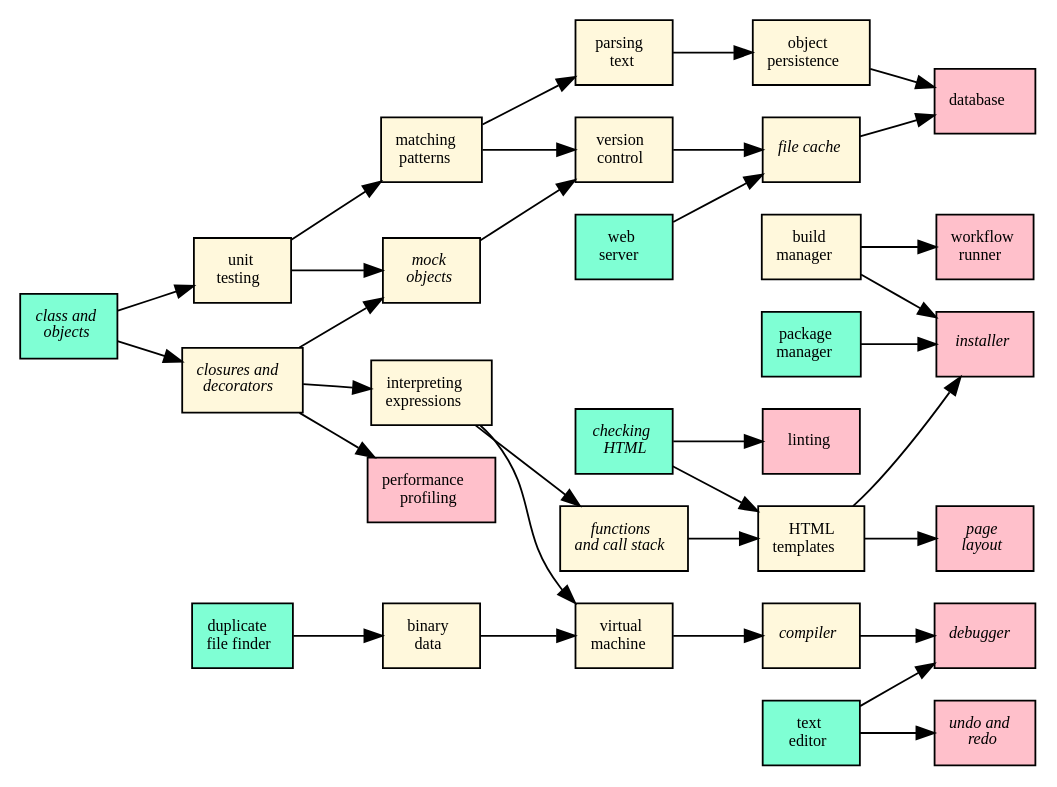
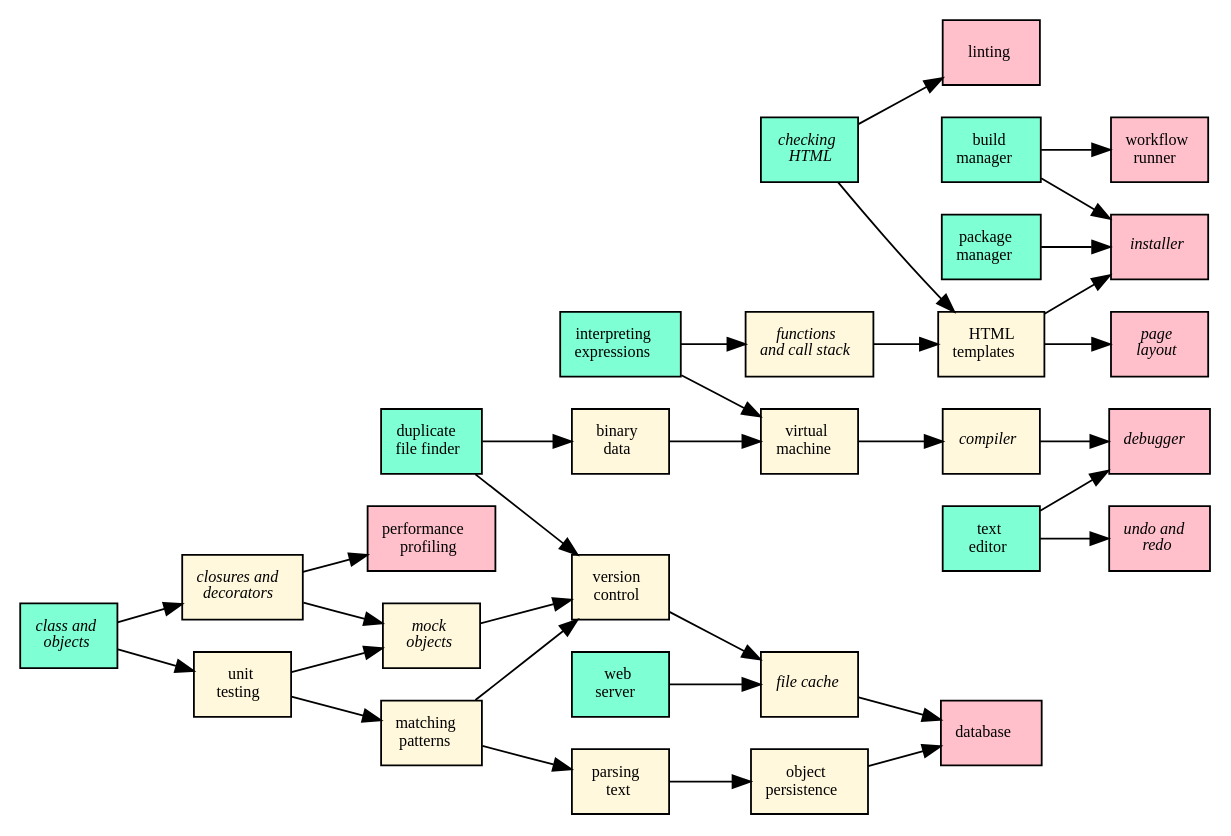
Before and after one commit to gvwilson/sdxpy: the diagram in src/intro/syllabus.dot, drawn with Graphviz. The commit also changed 3 other files, not shown here.

```diff
--- a/src/intro/syllabus.dot
+++ b/src/intro/syllabus.dot
@@ -1,67 +1,66 @@
 digraph syllabus {
   node [fontname = Verdana, fontsize = 9, shape = box, style = filled];
   rankdir = RL;
   edge [dir = "back"];
 
   archive [label = <version<br/>control>, fillcolor = cornsilk];
   binary [label = <binary<br/>data>, fillcolor = cornsilk];
-  build [label = <build<br/>manager>, fillcolor = cornsilk];
+  build [label = <build<br/>manager>, fillcolor = aquamarine];
   cache [label = <<i>file cache</i>>, fillcolor = cornsilk];
   check [label = <<i>checking<br/>HTML</i>>, fillcolor = aquamarine];
   compiler [label = <<i>compiler</i>>, fillcolor = cornsilk];
   debug [label = <<i>debugger</i>>, fillcolor = pink];
   db [label = <database>, fillcolor = pink];
   dup [label = <duplicate<br/>file finder>, fillcolor = aquamarine];
   editor [label = <text<br/>editor>, fillcolor = aquamarine];
   flow [label = <workflow<br/>runner>, fillcolor = pink];
   func [label = <<i>functions<br/>and call stack</i>>, fillcolor = cornsilk];
   glob [label = <matching<br/>patterns>, fillcolor = cornsilk];
   install [label = <<i>installer</i>>, fillcolor = pink];
-  interp [label = <interpreting<br/>expressions>, fillcolor = cornsilk];
+  interp [label = <interpreting<br/>expressions>, fillcolor = aquamarine];
   layout [label = <<i>page<br/>layout</i>>, fillcolor = pink];
   lint [label = <linting>, fillcolor = pink];
   meta [label = <<i>closures and<br/>decorators</i>>, fillcolor = cornsilk];
   mock [label = <<i>mock<br/>objects</i>>, fillcolor = cornsilk];
   oop [label = <<i>class and<br/>objects</i>>, fillcolor = aquamarine];
   pack [label = <package<br/>manager>, fillcolor = aquamarine];
   parse [label = <parsing<br/>text>, fillcolor = cornsilk];
   perf [label = <performance<br/>profiling>, fillcolor = pink];
   persist [label = <object<br/>persistence>, fillcolor = cornsilk];
   server [label = <web<br/>server>, fillcolor = aquamarine];
   template [label = <HTML<br/>templates>, fillcolor = cornsilk];
   test [label = <unit<br/>testing>, fillcolor = cornsilk];
   undo [label = <<i>undo and<br/>redo</i>>, fillcolor = pink];
   vm [label = <virtual<br/>machine>, fillcolor = cornsilk];
 
-  archive -> {mock, glob};
+  archive -> {dup, glob, mock};
   binary -> {dup};
   cache -> {archive, server};
   compiler -> {vm};
   db -> {cache, persist};
   debug -> {compiler, editor};
   flow -> {build};
   func -> {interp};
   glob -> {test};
   install -> {build, pack, template};
-  interp -> {meta};
   layout -> {template};
   lint -> {check};
   meta -> {oop};
   mock -> {meta, test};
   parse -> {glob};
   perf -> {meta};
   persist -> {parse};
   template -> {check, func};
   test -> {oop};
   undo -> {editor};
   vm -> {binary, interp};
 
   /*
   subgraph cluster_legend {
     source [label = "source", fillcolor = aquamarine];
     flow [label = "flow", fillcolor = cornsilk];
     sink [label = "sink", fillcolor = pink];
     sink -> flow -> source;
   }
   */
 }
```
